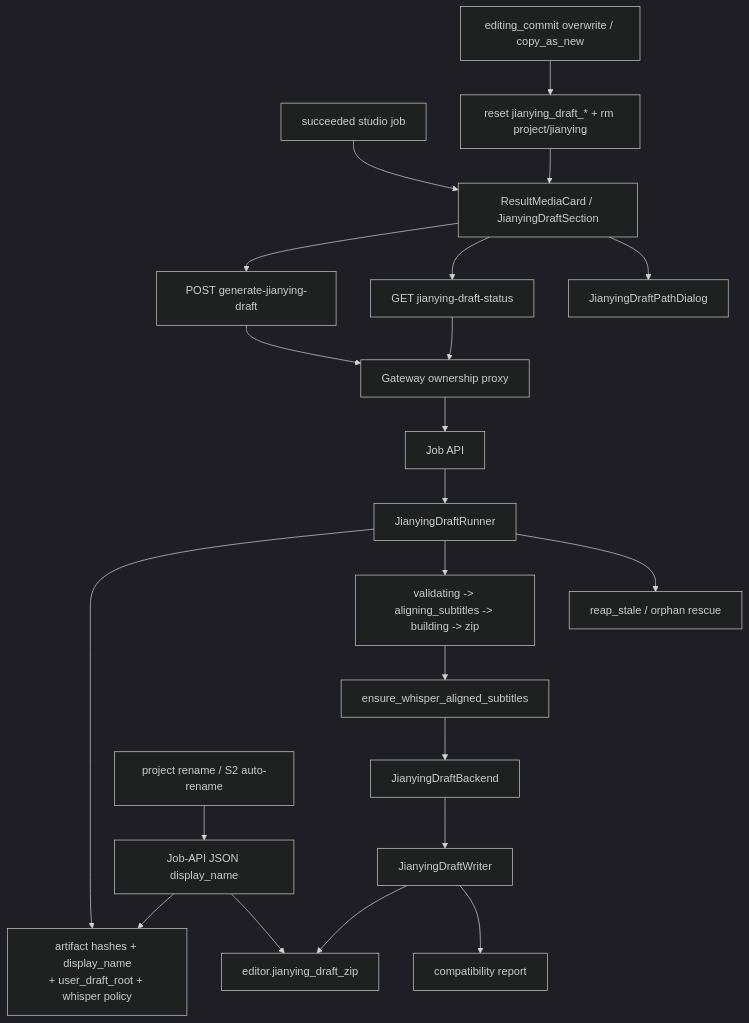
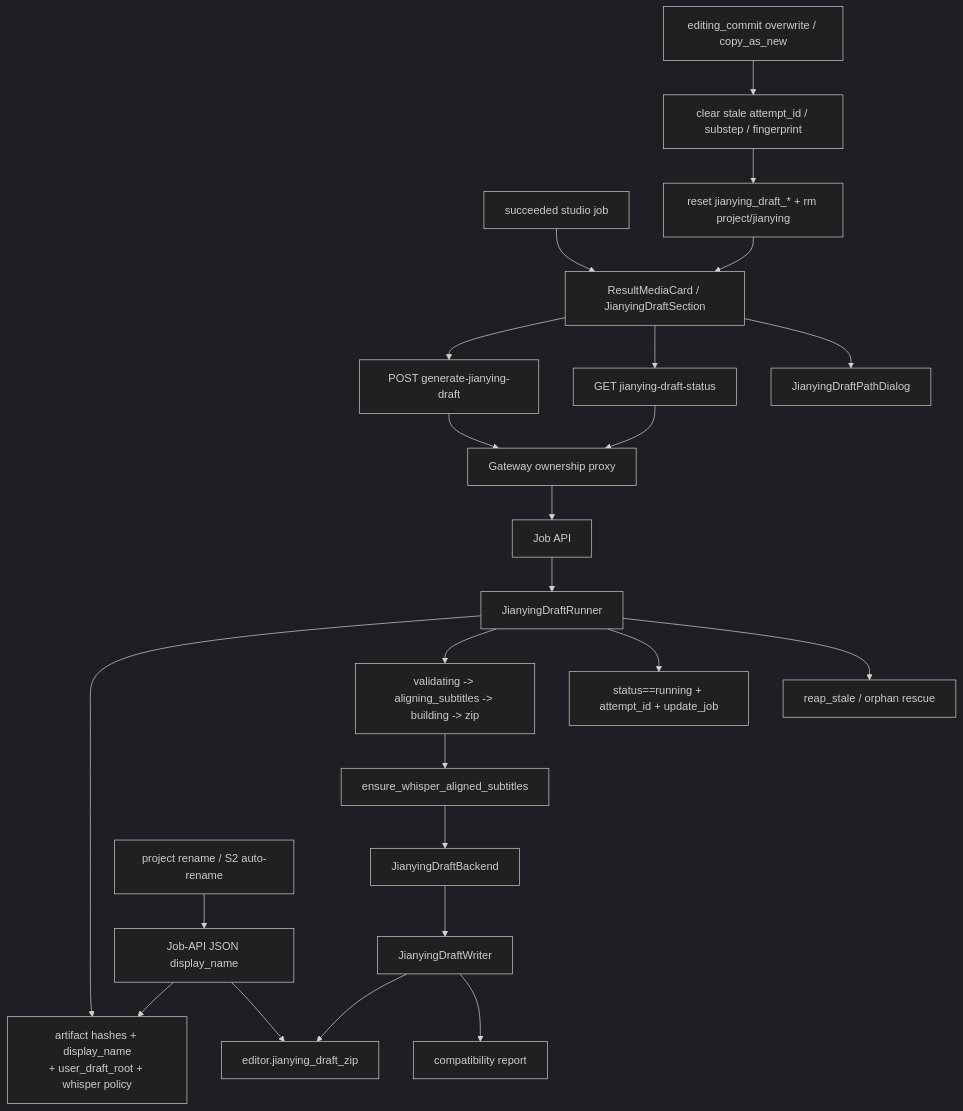
The diagram in docs/graphs/GITNEXUS_JIANYING_DRAFT_DELIVERY_GRAPH.md (sun9bear/AITransVideo), drawn with Mermaid (dark theme) before and after one commit. The commit also changed other lines of this file and 9 other files, not shown here.

Commit message:
docs(graphs): refresh GitNexus graphs to 78eea96

````diff
--- a/docs/graphs/GITNEXUS_JIANYING_DRAFT_DELIVERY_GRAPH.md
+++ b/docs/graphs/GITNEXUS_JIANYING_DRAFT_DELIVERY_GRAPH.md
@@ -16,29 +16,31 @@
 ```mermaid
 graph TD
     StudioJob["succeeded studio job"] --> ResultUI["ResultMediaCard / JianyingDraftSection"]
     ResultUI --> Trigger["POST generate-jianying-draft"]
     ResultUI --> Poll["GET jianying-draft-status"]
     ResultUI --> Dialog["JianyingDraftPathDialog"]
 
     Trigger --> Gateway["Gateway ownership proxy"]
     Poll --> Gateway
     Gateway --> JobApi["Job API"]
 
     JobApi --> Runner["JianyingDraftRunner"]
     Runner --> Fingerprint["artifact hashes + display_name<br/>+ user_draft_root + whisper policy"]
     Runner --> Substeps["validating -> aligning_subtitles -> building -> zip"]
+    Runner --> Guards["status==running + attempt_id + update_job"]
     Runner --> Rescue["reap_stale / orphan rescue"]
 
     Substeps --> Ensure["ensure_whisper_aligned_subtitles"]
     Ensure --> Backend["JianyingDraftBackend"]
     Backend --> Writer["JianyingDraftWriter"]
     Writer --> Zip["editor.jianying_draft_zip"]
     Writer --> Report["compatibility report"]
 
     Rename["project rename / S2 auto-rename"] --> DisplayName["Job-API JSON display_name"]
     DisplayName --> Fingerprint
     DisplayName --> Zip
 
-    PostEdit["editing_commit overwrite / copy_as_new"] --> Reset["reset jianying_draft_* + rm project/jianying"]
+    PostEdit["editing_commit overwrite / copy_as_new"] --> Retire["clear stale attempt_id / substep / fingerprint"]
+    Retire --> Reset["reset jianying_draft_* + rm project/jianying"]
     Reset --> ResultUI
 ```
````
